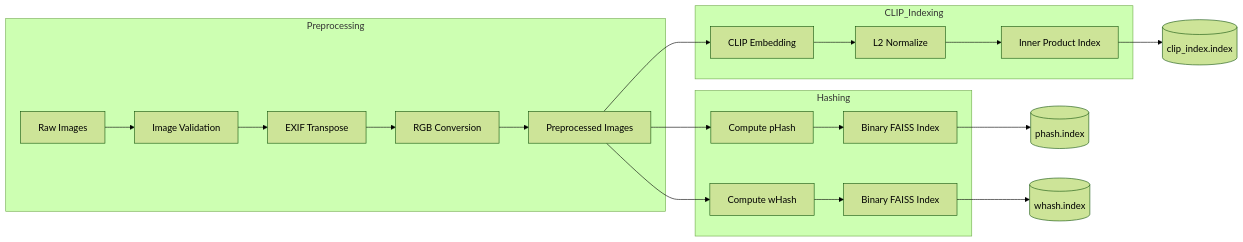
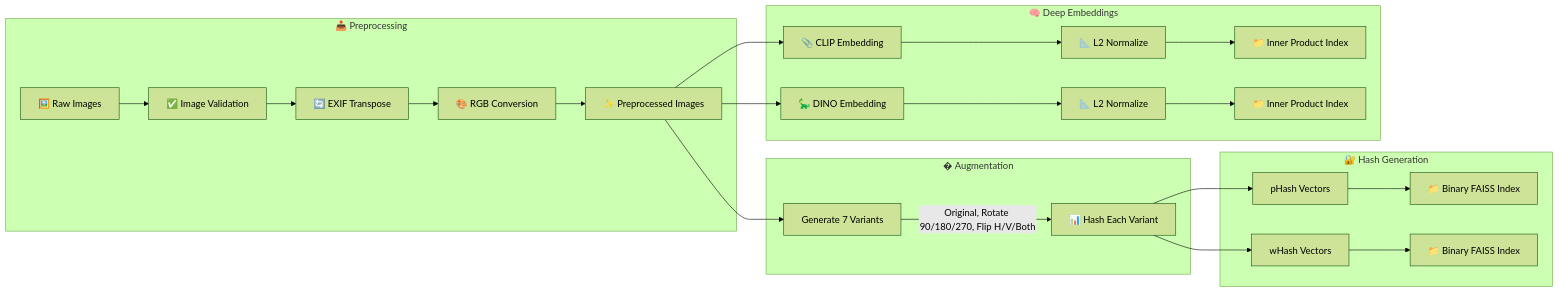
Before and after one commit to gaurav337/DejaView: the second of 3 diagrams in README.md, drawn with Mermaid (forest theme). The commit also changed other lines of this file, not shown here.

````diff
--- a/README.md
+++ b/README.md
@@ -208,26 +193,30 @@
 ```mermaid
 flowchart LR
-    subgraph Preprocessing
-        A[Raw Images] --> B[Image Validation]
-        B --> C[EXIF Transpose]
-        C --> D[RGB Conversion]
-        D --> E[Preprocessed Images]
+    subgraph Preprocessing["📥 Preprocessing"]
+        A[🖼️ Raw Images] --> B[✅ Image Validation]
+        B --> C[🔄 EXIF Transpose]
+        C --> D[🎨 RGB Conversion]
+        D --> E[✨ Preprocessed Images]
     end
     
-    subgraph Hashing
-        E --> F[Compute pHash]
-        E --> G[Compute wHash]
-        F --> H[Binary FAISS Index]
-        G --> I[Binary FAISS Index]
+    subgraph Augmentation["� Augmentation"]
+        E --> AUG[Generate 7 Variants]
+        AUG --> |Original, Rotate 90/180/270, Flip H/V/Both| F[📊 Hash Each Variant]
     end
     
-    subgraph CLIP_Indexing
-        E --> J[CLIP Embedding]
-        J --> K[L2 Normalize]
-        K --> L[Inner Product Index]
+    subgraph Hashing["🔐 Hash Generation"]
+        F --> G[pHash Vectors]
+        F --> H[wHash Vectors]
+        G --> I[📁 Binary FAISS Index]
+        H --> J[📁 Binary FAISS Index]
     end
     
-    H --> M[(phash.index)]
-    I --> N[(whash.index)]
-    L --> O[(clip_index.index)]
+    subgraph Embedding["🧠 Deep Embeddings"]
+        E --> K[📎 CLIP Embedding]
+        E --> L[🦕 DINO Embedding]
+        K --> M[📐 L2 Normalize]
+        L --> N[📐 L2 Normalize]
+        M --> O[📁 Inner Product Index]
+        N --> P[📁 Inner Product Index]
+    end
 ```
````
